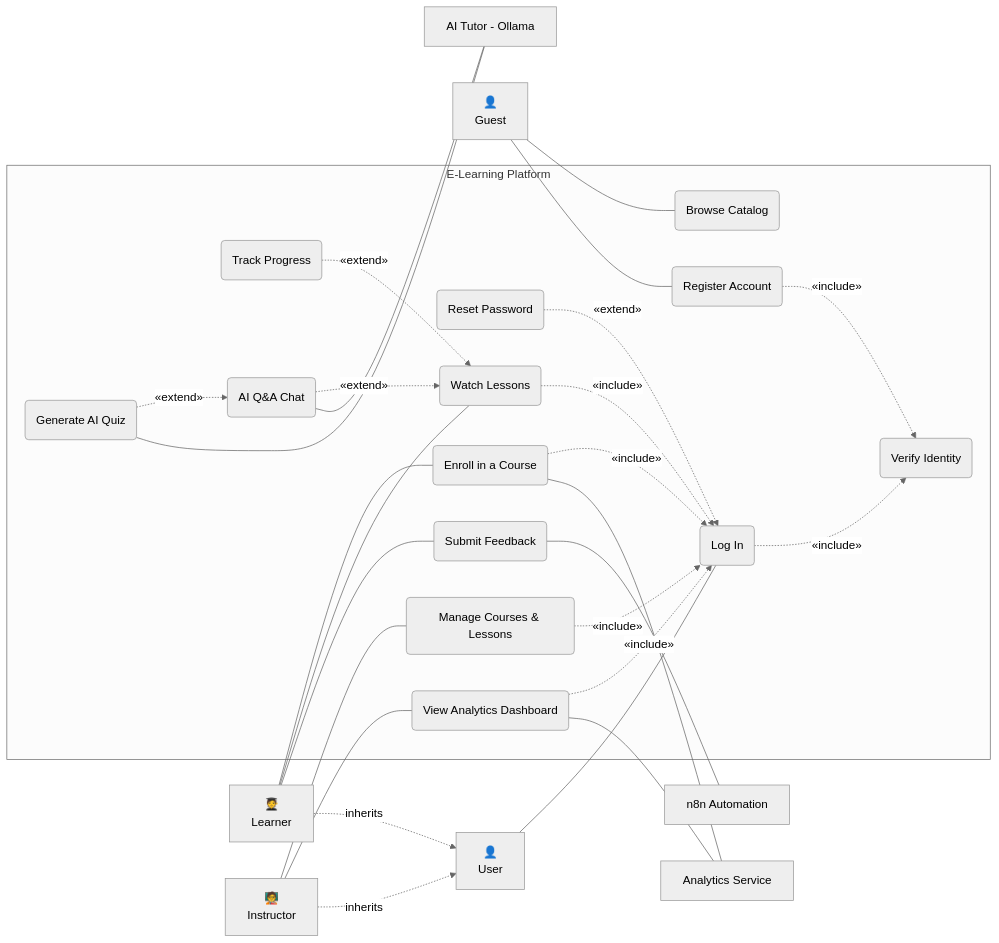
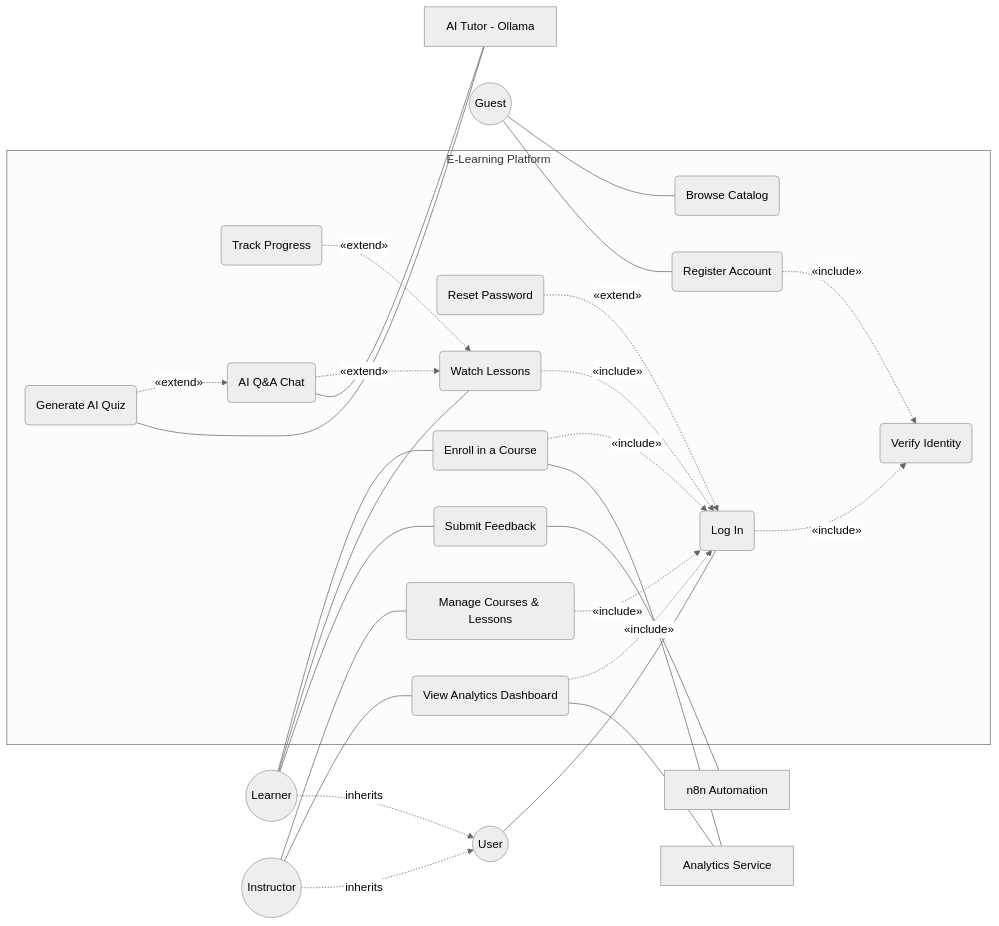
Before and after one commit to Sen-Se1/elearning-microservice-platform: the seventh of 10 diagrams in architecture.md, drawn with Mermaid (neutral theme).

Commit message:
docs: update use case diagram to include new actors, associations, and refined workflow relationships

````diff
--- a/architecture.md
+++ b/architecture.md
@@ -211,70 +211,69 @@
 ```mermaid
 flowchart LR
-
-    %% Actors with icon style
-    Guest["👤<br/>Guest"]
-    User["👤<br/>User"]
-    Learner["🧑‍🎓<br/>Learner"]
-    Instructor["🧑‍🏫<br/>Instructor"]
+    %% Primary Actors (Left)
+    Guest((Guest))
+    User((User))
+    Learner((Learner))
+    Instructor((Instructor))
 
     %% Actor Generalization
     Learner -. "inherits" .-> User
     Instructor -. "inherits" .-> User
 
     subgraph Platform [E-Learning Platform]
         UC_Browse(Browse Catalog)
         UC_Reg(Register Account)
         UC_Login(Log In)
         UC_Verify(Verify Identity)
         UC_Reset(Reset Password)
 
         UC_Enroll(Enroll in a Course)
         UC_Watch(Watch Lessons)
         UC_Track(Track Progress)
 
         UC_Chat(AI Q&A Chat)
         UC_Quiz(Generate AI Quiz)
         UC_Feedback(Submit Feedback)
         
         UC_Manage(Manage Courses & Lessons)
         UC_Analytics(View Analytics Dashboard)
     end
 
-    %% Secondary Actors / Systems
+    %% Secondary Actors / Systems (Right)
     Ollama[AI Tutor - Ollama]
     N8N[n8n Automation]
     AnalyticSvc[Analytics Service]
 
-    %% Associations
+    %% ── Actor to Use Case associations ──
     Guest --- UC_Browse
     Guest --- UC_Reg
     User --- UC_Login
 
     Learner --- UC_Enroll
     Learner --- UC_Watch
     Learner --- UC_Feedback
 
     Instructor --- UC_Manage
     Instructor --- UC_Analytics
 
-    %% Includes & Extends
+    %% ── UML Stereotypes (Includes & Extends) ──
     UC_Reg -. "«include»" .-> UC_Verify
     UC_Login -. "«include»" .-> UC_Verify
     UC_Reset -. "«extend»" .-> UC_Login
     
     UC_Enroll -. "«include»" .-> UC_Login
     UC_Watch -. "«include»" .-> UC_Login
     UC_Manage -. "«include»" .-> UC_Login
     UC_Analytics -. "«include»" .-> UC_Login
     
     UC_Track -. "«extend»" .-> UC_Watch
     UC_Chat -. "«extend»" .-> UC_Watch
     UC_Quiz -. "«extend»" .-> UC_Chat
 
-    %% External Systems
+    %% ── Use Case to System associations ──
     UC_Chat --- Ollama
     UC_Quiz --- Ollama
     UC_Feedback --- N8N
     UC_Enroll --- AnalyticSvc
     UC_Analytics --- AnalyticSvc
 ```
````
